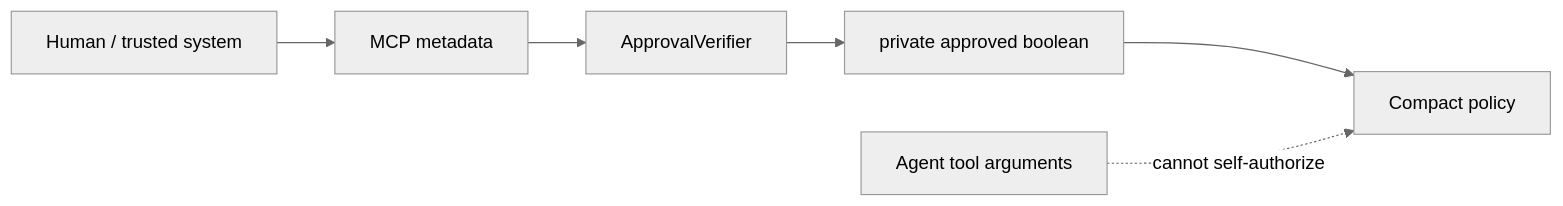
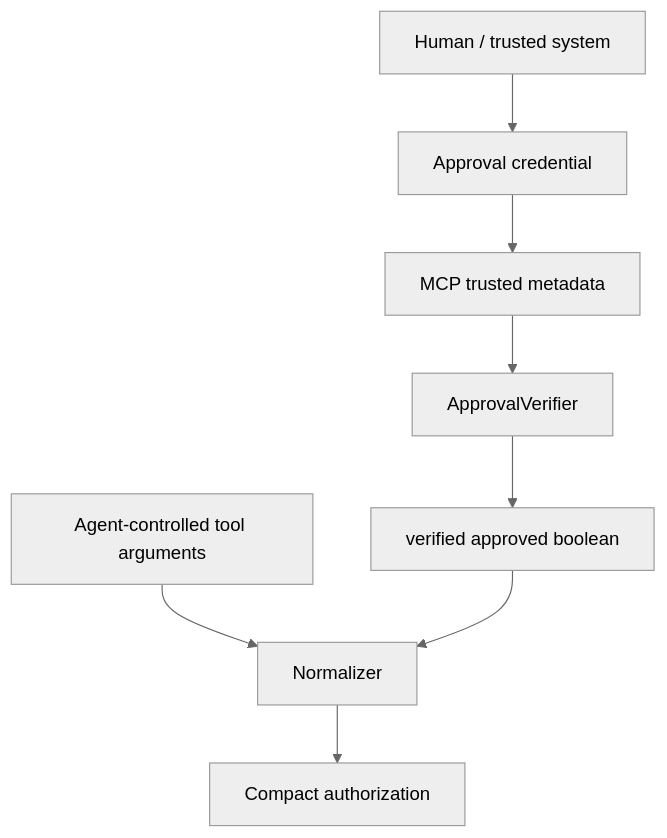
Before and after one commit to zohaibarsalan/zkMCP: the diagram in apps/web/content/docs/policies/human-approval.mdx, drawn with Mermaid (neutral theme). The commit also changed other lines of this file and 43 other files, not shown here.

Commit message:
docs: deepen architecture and integration guides

````diff
--- a/apps/web/content/docs/policies/human-approval.mdx
+++ b/apps/web/content/docs/policies/human-approval.mdx
@@ -10,8 +44,10 @@
 ```mermaid
-flowchart LR
-    H[Human / trusted system] --> M[MCP metadata]
+flowchart TD
+    H[Human / trusted system] --> K[Approval credential]
+    K --> M[MCP trusted metadata]
     M --> V[ApprovalVerifier]
-    V --> B[private approved boolean]
-    B --> C[Compact policy]
-    A[Agent tool arguments] -. cannot self-authorize .-> C
+    V --> B[verified approved boolean]
+    A[Agent-controlled tool arguments] --> N[Normalizer]
+    B --> N
+    N --> C[Compact authorization]
 ```
````
